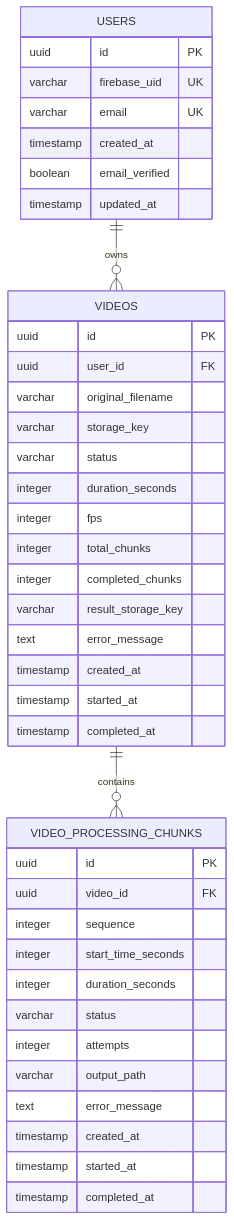
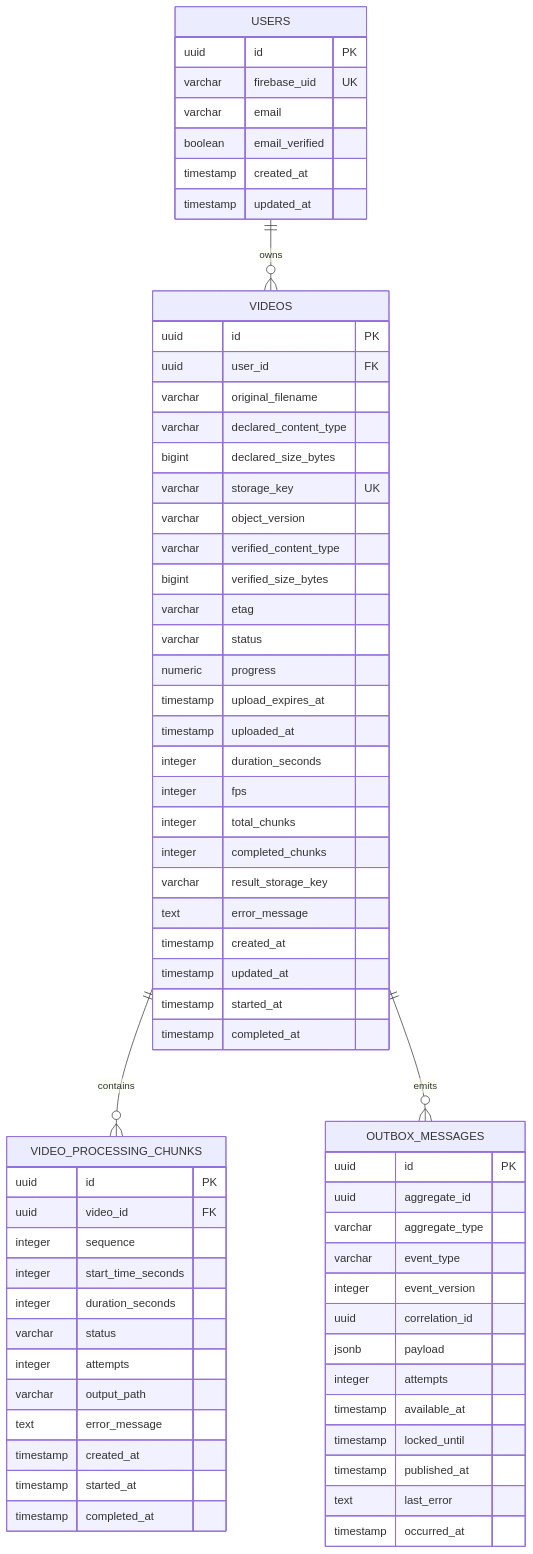
Before and after one commit to cesargomesjr/video-processing-platform: the diagram in docs/architecture/data-model.md, drawn with Mermaid. The commit also changed other lines of this file and 21 other files, not shown here.

Commit message:
docs(video): refine EPIC-003 architecture

````diff
--- a/docs/architecture/data-model.md
+++ b/docs/architecture/data-model.md
@@ -5,46 +5,73 @@
 ```mermaid
 erDiagram
     USERS ||--o{ VIDEOS : owns
     VIDEOS ||--o{ VIDEO_PROCESSING_CHUNKS : contains
+    VIDEOS ||--o{ OUTBOX_MESSAGES : emits
 
     USERS {
         uuid id PK
         varchar firebase_uid UK
-        varchar email UK
+        varchar email
+        boolean email_verified
         timestamp created_at
-        boolean email_verified
         timestamp updated_at
     }
 
     VIDEOS {
         uuid id PK
         uuid user_id FK
         varchar original_filename
-        varchar storage_key
+        varchar declared_content_type
+        bigint declared_size_bytes
+        varchar storage_key UK
+        varchar object_version
+        varchar verified_content_type
+        bigint verified_size_bytes
+        varchar etag
         varchar status
+        numeric progress
+        timestamp upload_expires_at
+        timestamp uploaded_at
         integer duration_seconds
         integer fps
         integer total_chunks
         integer completed_chunks
         varchar result_storage_key
         text error_message
         timestamp created_at
+        timestamp updated_at
         timestamp started_at
         timestamp completed_at
+    }
+
+    OUTBOX_MESSAGES {
+        uuid id PK
+        uuid aggregate_id
+        varchar aggregate_type
+        varchar event_type
+        integer event_version
+        uuid correlation_id
+        jsonb payload
+        integer attempts
+        timestamp available_at
+        timestamp locked_until
+        timestamp published_at
+        text last_error
+        timestamp occurred_at
     }
 
     VIDEO_PROCESSING_CHUNKS {
         uuid id PK
         uuid video_id FK
         integer sequence
         integer start_time_seconds
         integer duration_seconds
         varchar status
         integer attempts
         varchar output_path
         text error_message
         timestamp created_at
         timestamp started_at
         timestamp completed_at
     }
 ```
````
